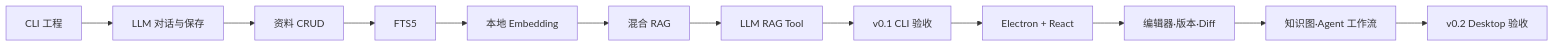
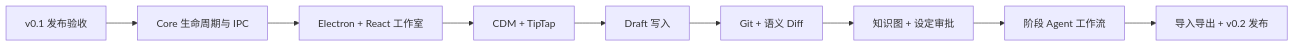
Before and after one commit to Mengman/CleoDoc: the diagram in docs/DEVELOPMENT_PLAN.md, drawn with Mermaid. The commit also changed other lines of this file and 13 other files, not shown here.

````diff
--- a/docs/DEVELOPMENT_PLAN.md
+++ b/docs/DEVELOPMENT_PLAN.md
@@ -724,14 +132,11 @@
 ```mermaid
 flowchart LR
-    A["CLI 工程"] --> B["LLM 对话与保存"]
-    B --> C["资料 CRUD"]
-    C --> D["FTS5"]
-    D --> E["本地 Embedding"]
-    E --> F["混合 RAG"]
-    F --> G["LLM RAG Tool"]
-    G --> H["v0.1 CLI 验收"]
-    H --> I["Electron + React"]
-    I --> J["编辑器·版本·Diff"]
-    J --> K["知识图·Agent 工作流"]
-    K --> L["v0.2 Desktop 验收"]
+    A["v0.1 发布验收"] --> B["Core 生命周期与 IPC"]
+    B --> C["Electron + React 工作室"]
+    C --> D["CDM + TipTap"]
+    D --> E["Draft 写入"]
+    E --> F["Git + 语义 Diff"]
+    F --> G["知识图 + 设定审批"]
+    G --> H["阶段 Agent 工作流"]
+    H --> I["导入导出 + v0.2 发布"]
 ```
````
